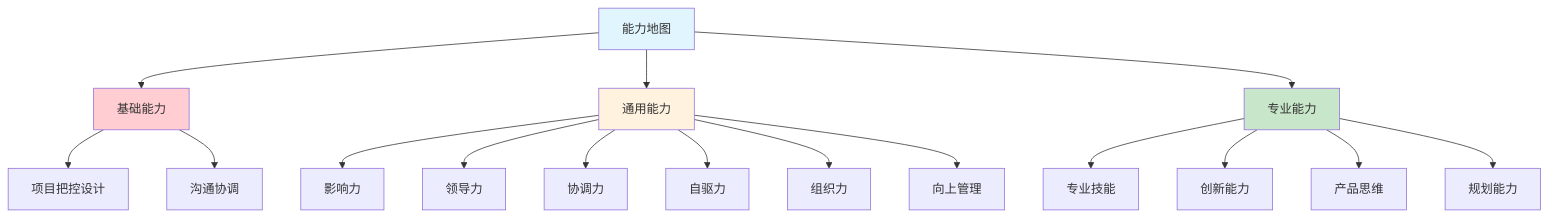
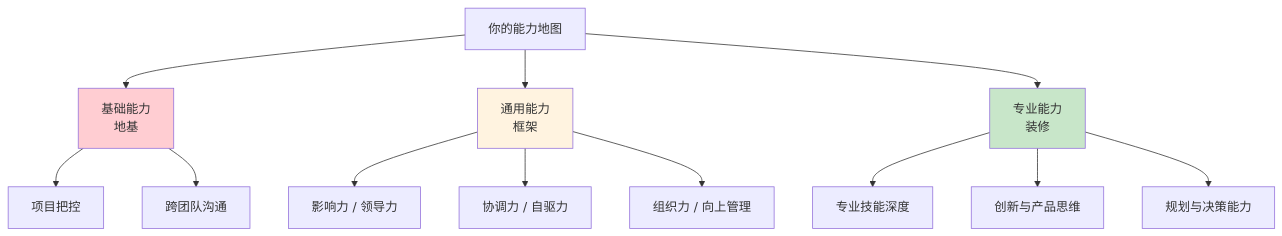
Before and after one commit to chongyang211/YCBookBlog: the diagram in packages/website/13.书籍/04.自我精进·学习/02.认知觉醒/04.要带上技能地图.md, drawn with Mermaid. The commit also changed other lines of this file and 6 other files, not shown here.

````diff
--- a/packages/website/13.书籍/04.自我精进·学习/02.认知觉醒/04.要带上技能地图.md
+++ b/packages/website/13.书籍/04.自我精进·学习/02.认知觉醒/04.要带上技能地图.md
@@ -151,26 +79,17 @@
 ```mermaid
 graph TD
-    A[能力地图] --> B[基础能力]
-    A --> C[通用能力]
-    A --> D[专业能力]
-    
-    B --> B1[项目把控设计]
-    B --> B2[沟通协调]
-    
-    C --> C1[影响力]
-    C --> C2[领导力]
-    C --> C3[协调力]
-    C --> C4[自驱力]
-    C --> C5[组织力]
-    C --> C6[向上管理]
-    
-    D --> D1[专业技能]
-    D --> D2[创新能力]
-    D --> D3[产品思维]
-    D --> D4[规划能力]
-    
-    style A fill:#e1f5fe
+    A[你的能力地图] --> B[基础能力<br/>地基]
+    A --> C[通用能力<br/>框架]
+    A --> D[专业能力<br/>装修]
+    B --> B1[项目把控]
+    B --> B2[跨团队沟通]
+    C --> C1[影响力 / 领导力]
+    C --> C2[协调力 / 自驱力]
+    C --> C3[组织力 / 向上管理]
+    D --> D1[专业技能深度]
+    D --> D2[创新与产品思维]
+    D --> D3[规划与决策能力]
     style B fill:#ffcdd2
     style C fill:#fff3e0
     style D fill:#c8e6c9
 ```
````
